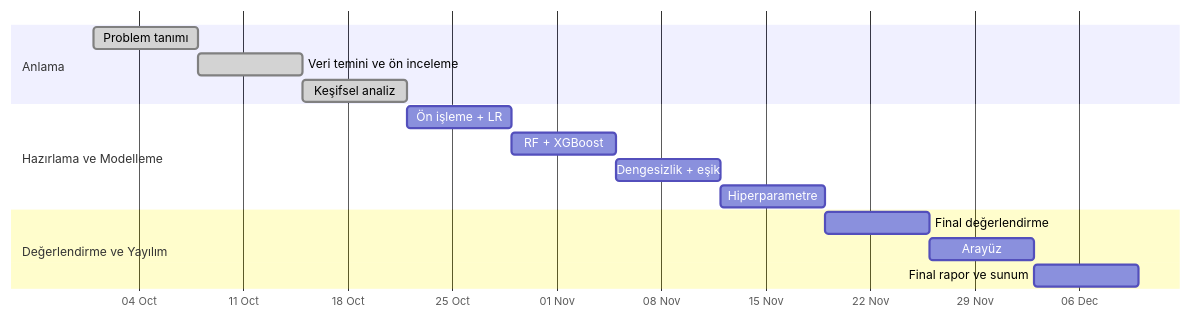
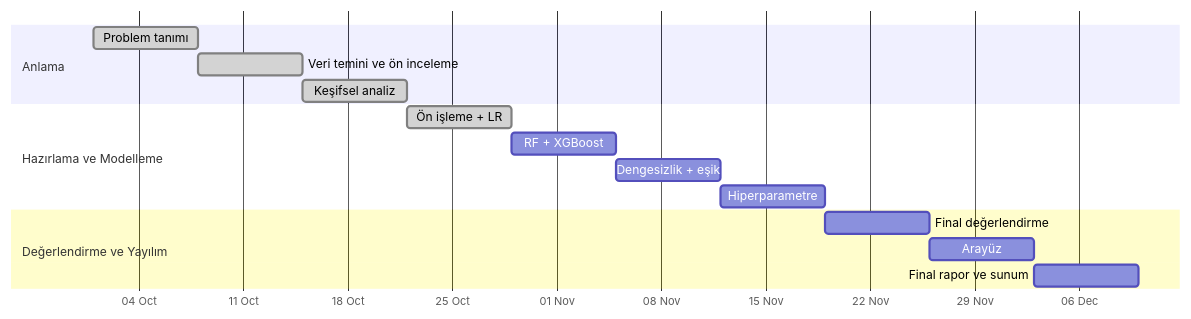
Before and after one commit to mustafaemre027/bank-predict: the diagram in docs/yol_haritasi.md, drawn with Mermaid. The commit also changed other lines of this file and 3 other files, not shown here.

````diff
--- a/docs/yol_haritasi.md
+++ b/docs/yol_haritasi.md
@@ -21,18 +21,18 @@
 ```mermaid
 gantt
     dateFormat YYYY-MM-DD
     axisFormat %d %b
     section Anlama
     Problem tanımı               :done, h1, 2026-10-01, 7d
     Veri temini ve ön inceleme   :done, h2, after h1, 7d
     Keşifsel analiz              :done, h3, after h2, 7d
     section Hazırlama ve Modelleme
-    Ön işleme + LR               :h4, after h3, 7d
+    Ön işleme + LR               :done, h4, after h3, 7d
     RF + XGBoost                 :h5, after h4, 7d
     Dengesizlik + eşik           :h6, after h5, 7d
     Hiperparametre               :h7, after h6, 7d
     section Değerlendirme ve Yayılım
     Final değerlendirme          :h8, after h7, 7d
     Arayüz                       :h9, after h8, 7d
     Final rapor ve sunum         :h10, after h9, 7d
 ```
````
